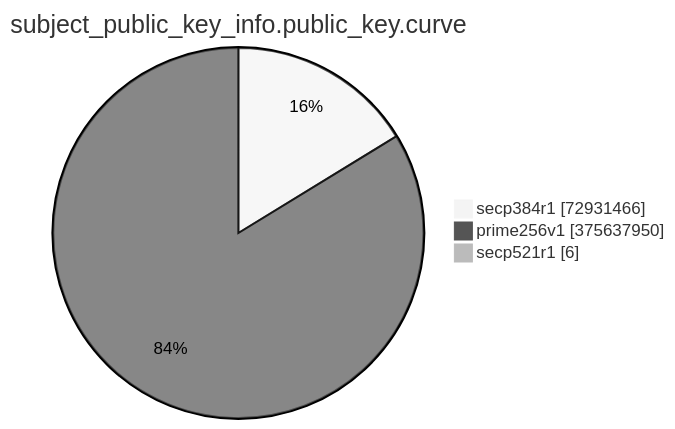
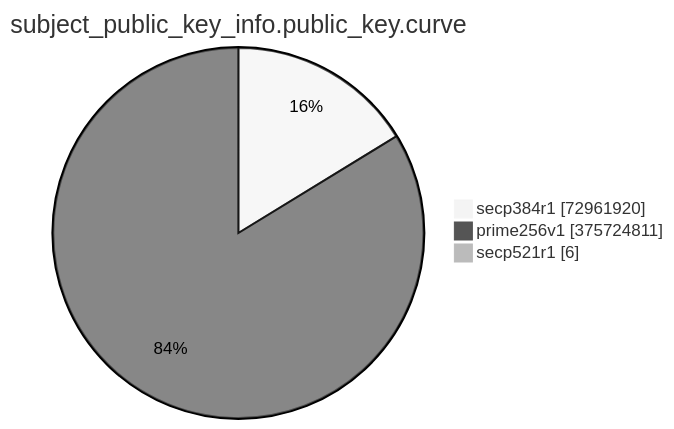
The eighth of 15 diagrams in TOTAL/README.md (christiankrug/ctmonitor_visualization), drawn with Mermaid (neutral theme) before and after one commit. The commit also changed other lines of this file, not shown here.

````diff
--- a/TOTAL/README.md
+++ b/TOTAL/README.md
@@ -3094,7 +3094,7 @@
 ```mermaid
 pie showData
 title subject_public_key_info.public_key.curve
-"secp384r1" :72931466
-"prime256v1" :375637950
+"secp384r1" :72961920
+"prime256v1" :375724811
 "secp521r1" :6
 ```
````
